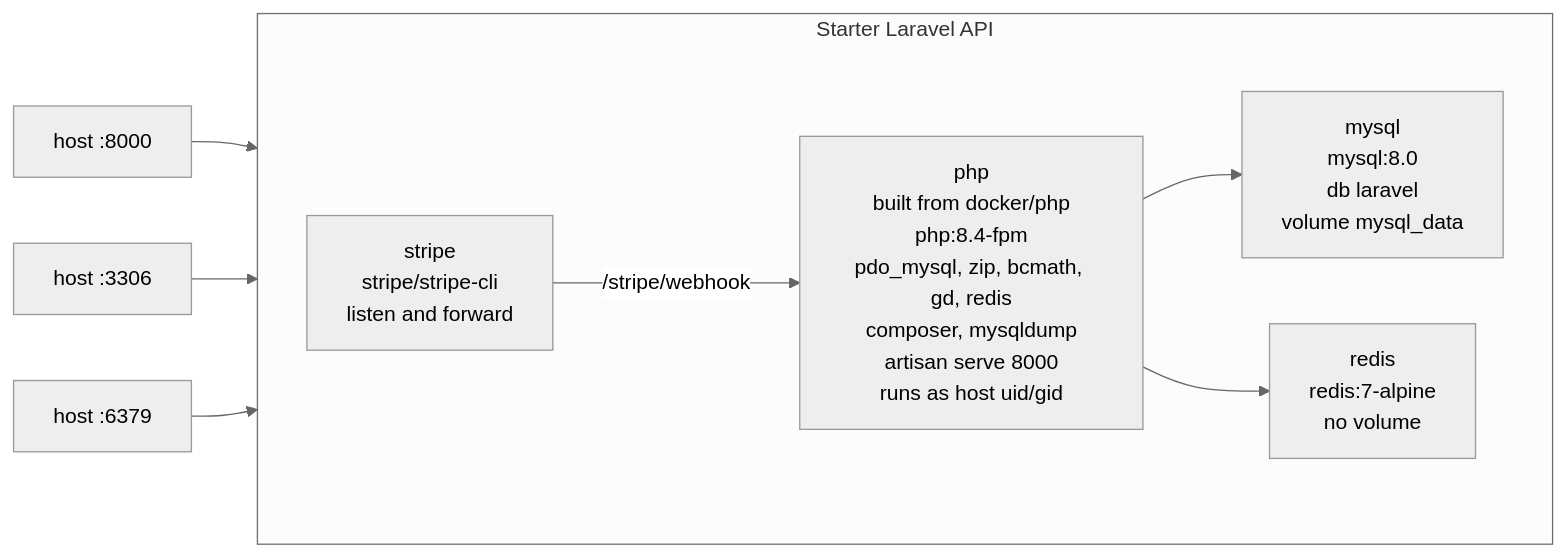
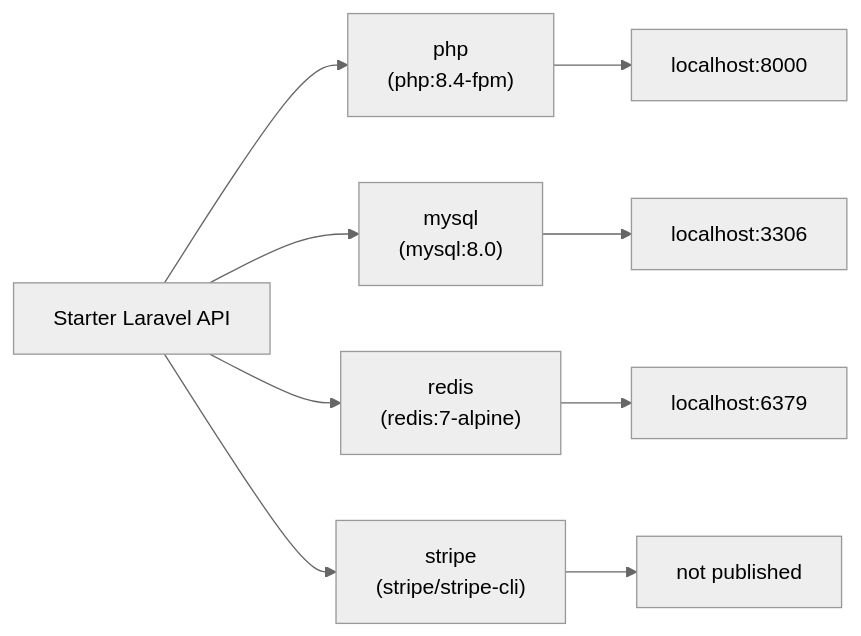
One commit to websanova/starter-flows changed the first of 3 diagrams in docs/setup/DockerSetup.md. Above: the diagram before and after it, drawn with Mermaid (neutral theme). The commit also changed other lines of this file, not shown here.

Commit message:
Update docker mermaid diagrams and remove todos.

````diff
--- a/docs/setup/DockerSetup.md
+++ b/docs/setup/DockerSetup.md
@@ -92,16 +94,12 @@
 ```mermaid
 flowchart LR
-    subgraph API["Starter Laravel API"]
-        direction LR
-        PHP["php<br/>built from docker/php<br/>php:8.4-fpm<br/>pdo_mysql, zip, bcmath, gd, redis<br/>composer, mysqldump<br/>artisan serve 8000<br/>runs as host uid/gid"]
-        MYSQL["mysql<br/>mysql:8.0<br/>db laravel<br/>volume mysql_data"]
-        REDIS["redis<br/>redis:7-alpine<br/>no volume"]
-        STRIPE["stripe<br/>stripe/stripe-cli<br/>listen and forward"]
-    end
-    H1["host :8000"] --> PHP
-    H2["host :3306"] --> MYSQL
-    H3["host :6379"] --> REDIS
-    PHP --> MYSQL
-    PHP --> REDIS
-    STRIPE -->|"/stripe/webhook"| PHP
+    API["Starter Laravel API"] --> PHP["php<br/>(php:8.4-fpm)"]
+    API --> MYSQL["mysql<br/>(mysql:8.0)"]
+    API --> REDIS["redis<br/>(redis:7-alpine)"]
+    API --> STRIPE["stripe<br/>(stripe/stripe-cli)"]
+
+    PHP --> PHP_P["localhost:8000"]
+    MYSQL --> MYSQL_P["localhost:3306"]
+    REDIS --> REDIS_P["localhost:6379"]
+    STRIPE --> STRIPE_P["not published"]
 ```
````
